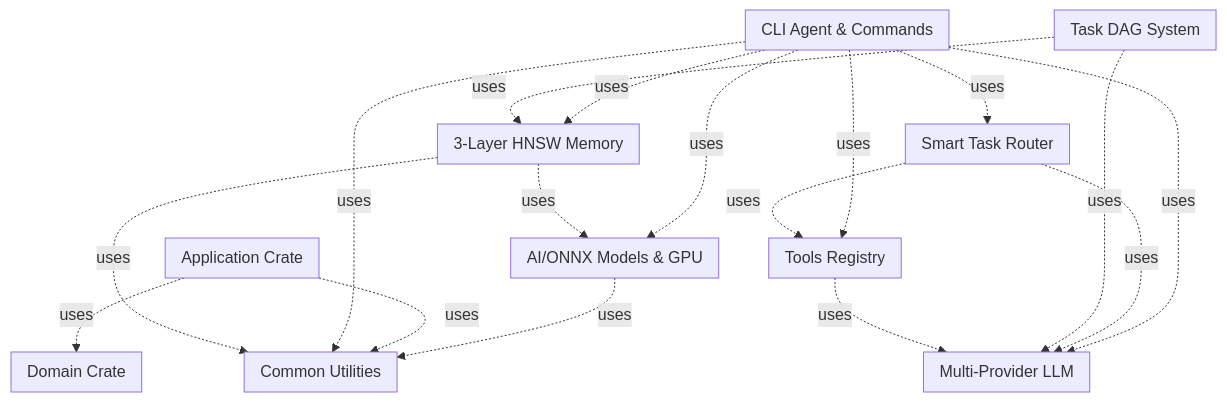
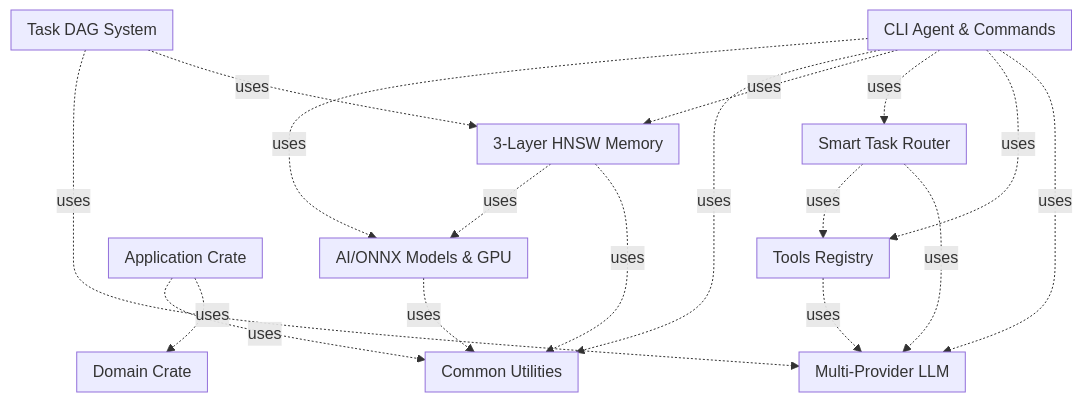
Before and after one commit to iMAGRAY/MAGRAY_Cli: the diagram in CLAUDE.md, drawn with Mermaid. The commit also changed other lines of this file and 37 other files, not shown here.

````diff
--- a/CLAUDE.md
+++ b/CLAUDE.md
@@ -172,57 +171,57 @@
 ```mermaid
 graph TB
 
     subgraph AI[AI/ONNX Models & GPU]
     end
 
     subgraph APPLICATION[Application Crate]
     end
 
     subgraph CLI[CLI Agent & Commands]
     end
 
     subgraph COMMON[Common Utilities]
     end
 
     subgraph DOMAIN[Domain Crate]
     end
 
     subgraph LLM[Multi-Provider LLM]
     end
 
     subgraph MEMORY[3-Layer HNSW Memory]
     end
 
     subgraph ROUTER[Smart Task Router]
     end
 
     subgraph TODO[Task DAG System]
     end
 
     subgraph TOOLS[Tools Registry]
     end
 
     %% Зависимости между крейтами
     AI -.->|uses| COMMON
     APPLICATION -.->|uses| COMMON
     APPLICATION -.->|uses| DOMAIN
+    CLI -.->|uses| AI
+    CLI -.->|uses| COMMON
     CLI -.->|uses| MEMORY
+    CLI -.->|uses| ROUTER
     CLI -.->|uses| TOOLS
-    CLI -.->|uses| ROUTER
-    CLI -.->|uses| COMMON
-    CLI -.->|uses| AI
     CLI -.->|uses| LLM
+    MEMORY -.->|uses| AI
     MEMORY -.->|uses| COMMON
-    MEMORY -.->|uses| AI
     ROUTER -.->|uses| TOOLS
     ROUTER -.->|uses| LLM
+    TODO -.->|uses| LLM
     TODO -.->|uses| MEMORY
-    TODO -.->|uses| LLM
     TOOLS -.->|uses| LLM
 
     classDef crate fill:#e3f2fd,stroke:#1976d2,stroke-width:2px
     classDef testFile fill:#ffebee,stroke:#c62828,stroke-width:1px,stroke-dasharray: 5 5
     classDef mockFile fill:#fce4ec,stroke:#ad1457,stroke-width:1px,stroke-dasharray: 3 3
     classDef exampleFile fill:#e8f5e9,stroke:#2e7d32,stroke-width:1px
     classDef problemFile fill:#ffcdd2,stroke:#d32f2f,stroke-width:2px
 ```
````
